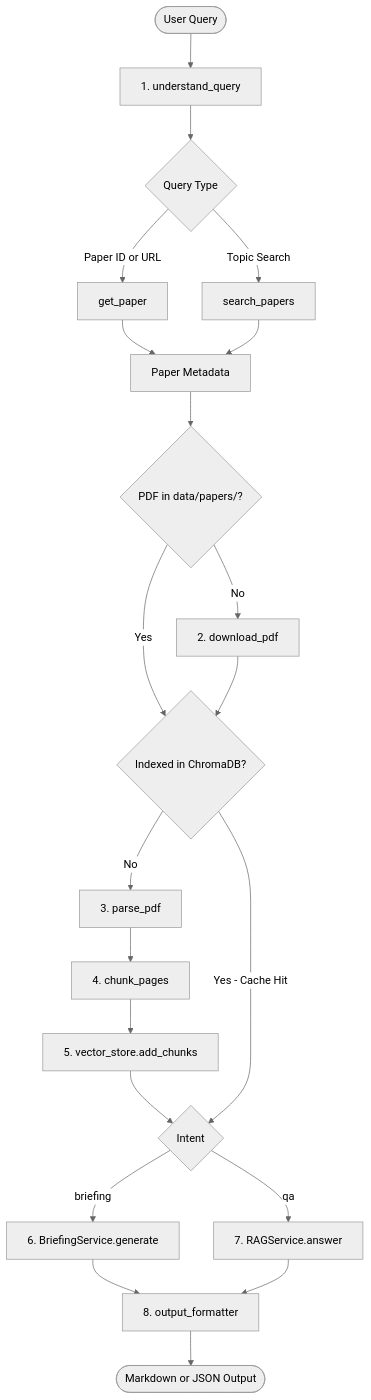
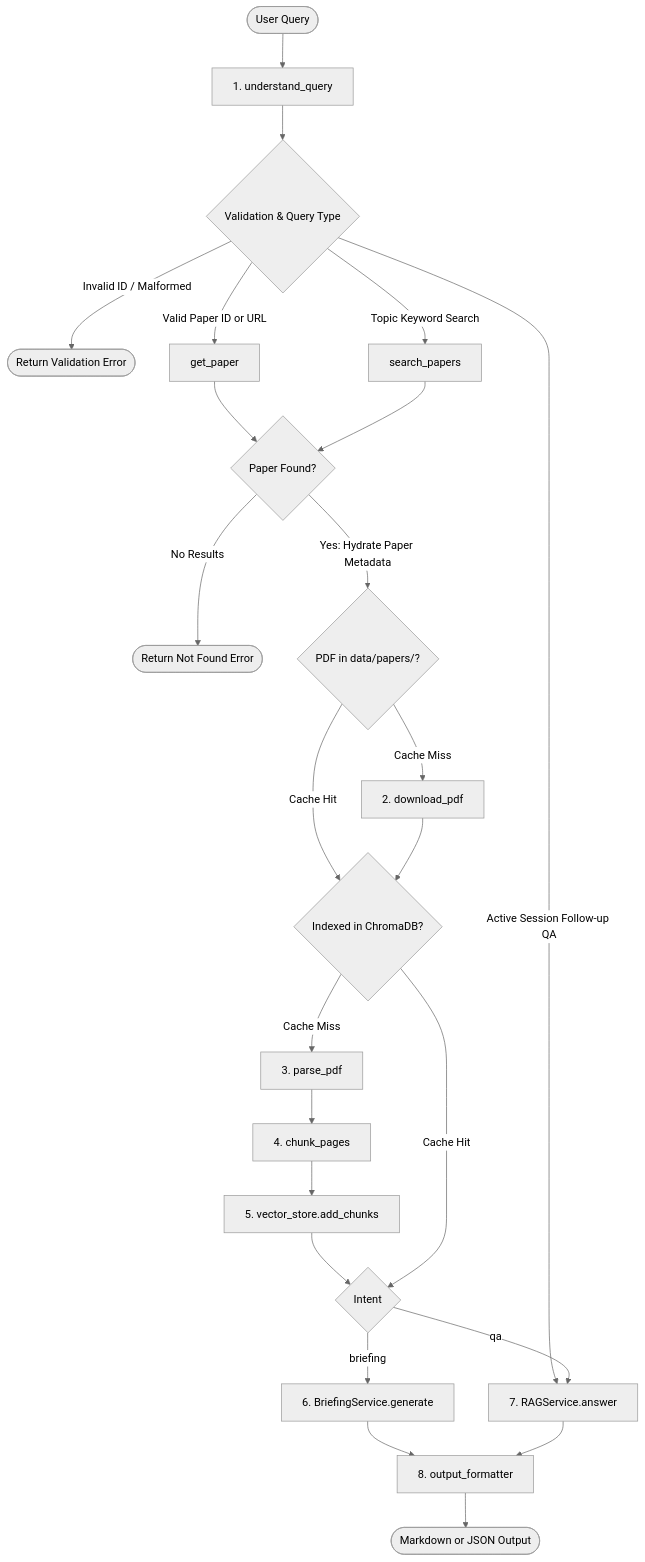
One commit to AKrishnaK05/arxiv-paper-agent changed the diagram in README.md. Above: the diagram before and after it, drawn with Mermaid (neutral theme). The commit also changed other lines of this file and 3 other files, not shown here.

````diff
--- a/README.md
+++ b/README.md
@@ -25,30 +27,33 @@
 ```mermaid
 flowchart TD
     A([User Query]) --> B[1. understand_query]
-    B --> C{Query Type}
+    B --> C{Validation & Query Type}
     
-    C -->|Paper ID or URL| D[get_paper]
-    C -->|Topic Search| E[search_papers]
+    C -->|Invalid ID / Malformed| ERR1([Return Validation Error])
+    C -->|Active Session Follow-up QA| M[7. RAGService.answer]
+    C -->|Valid Paper ID or URL| D[get_paper]
+    C -->|Topic Keyword Search| E[search_papers]
     
-    D --> F[Paper Metadata]
+    D --> F{Paper Found?}
     E --> F
+    F -->|No Results| ERR2([Return Not Found Error])
+    F -->|Yes: Hydrate Paper Metadata| G{PDF in data/papers/?}
     
-    F --> G{PDF in data/papers/?}
-    G -->|No| H[2. download_pdf]
-    G -->|Yes| I{Indexed in ChromaDB?}
+    G -->|Cache Miss| H[2. download_pdf]
+    G -->|Cache Hit| I{Indexed in ChromaDB?}
     H --> I
     
-    I -->|No| J[3. parse_pdf]
+    I -->|Cache Miss| J[3. parse_pdf]
     J --> K[4. chunk_pages]
     K --> L[5. vector_store.add_chunks]
-    L --> M{Intent}
-    I -->|Yes - Cache Hit| M
+    L --> INTENT{Intent}
+    I -->|Cache Hit| INTENT
     
-    M -->|briefing| N[6. BriefingService.generate]
-    M -->|qa| O[7. RAGService.answer]
+    INTENT -->|briefing| N[6. BriefingService.generate]
+    INTENT -->|qa| M
     
     N --> P[8. output_formatter]
-    O --> P
+    M --> P
     
     P --> Q([Markdown or JSON Output])
 ```
````
